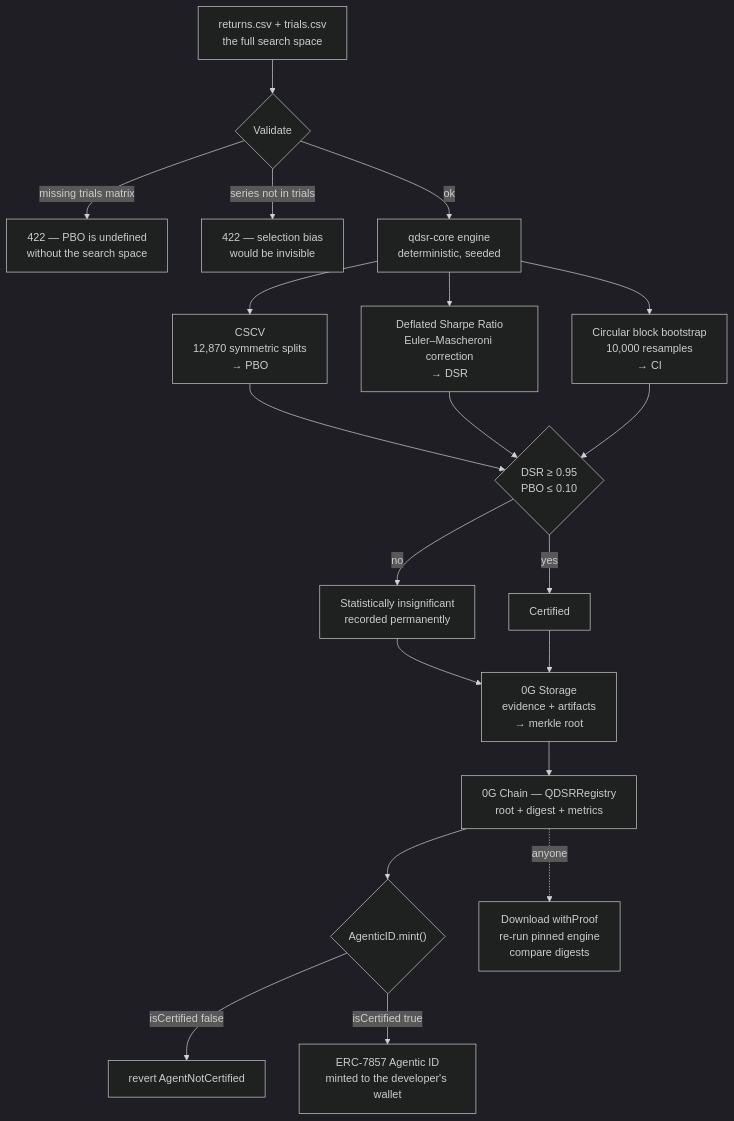
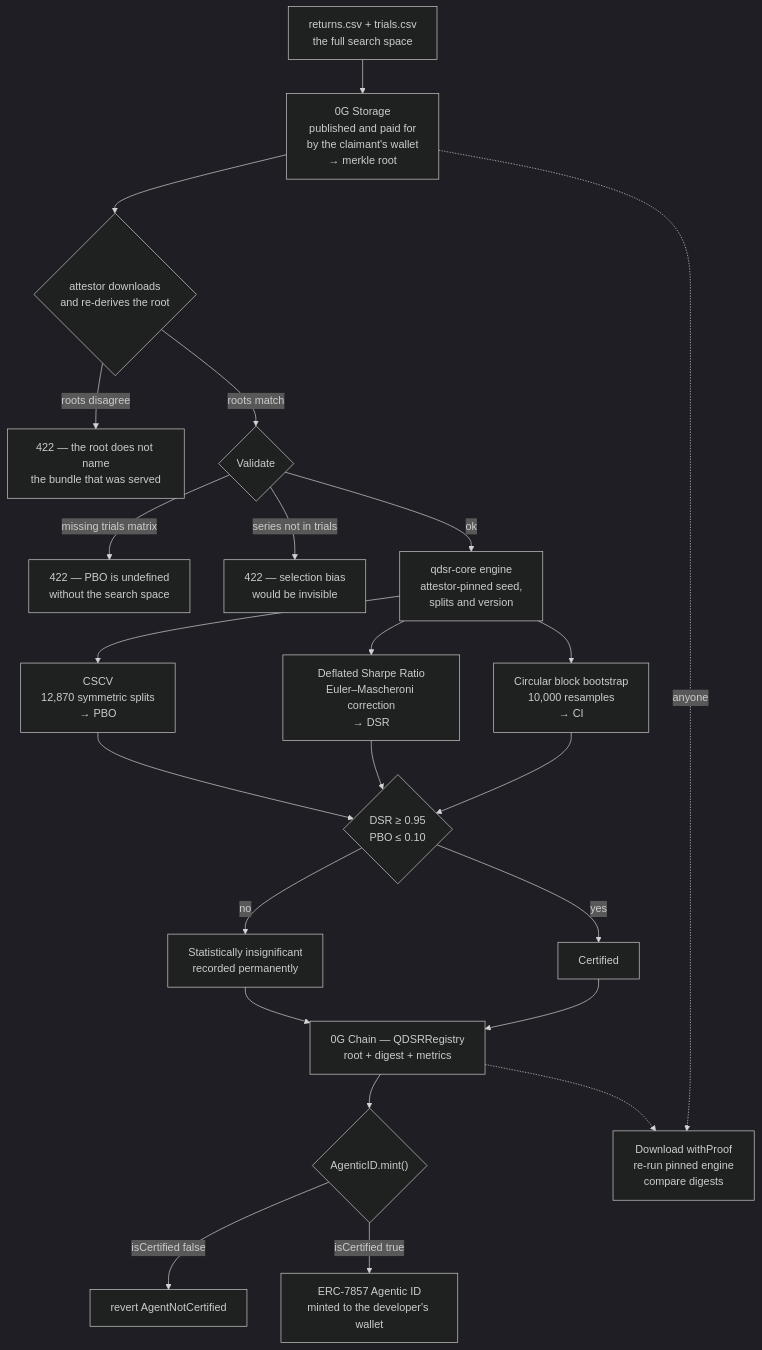
Before and after one commit to hevDev7/Q-DSR: the diagram in README.md, drawn with Mermaid (dark theme). The commit also changed other lines of this file, not shown here.

First line of the commit message:
docs: describe who publishes evidence, who measures it, and who pays

````diff
--- a/README.md
+++ b/README.md
@@ -103,27 +104,30 @@
 ```mermaid
 flowchart TD
-    A["returns.csv + trials.csv<br/>the full search space"] --> B{Validate}
+    A["returns.csv + trials.csv<br/>the full search space"] --> P["0G Storage<br/>published and paid for<br/>by the claimant's wallet<br/>→ merkle root"]
+    P --> Q{"attestor downloads<br/>and re-derives the root"}
+    Q -->|roots disagree| R0["422 — the root does not name<br/>the bundle that was served"]
+    Q -->|roots match| B{Validate}
     B -->|missing trials matrix| R1["422 — PBO is undefined<br/>without the search space"]
     B -->|series not in trials| R2["422 — selection bias<br/>would be invisible"]
-    B -->|ok| C["qdsr-core engine<br/>deterministic, seeded"]
+    B -->|ok| C["qdsr-core engine<br/>attestor-pinned seed,<br/>splits and version"]
 
     C --> D["CSCV<br/>12,870 symmetric splits<br/>→ PBO"]
     C --> E["Deflated Sharpe Ratio<br/>Euler–Mascheroni correction<br/>→ DSR"]
     C --> F["Circular block bootstrap<br/>10,000 resamples<br/>→ CI"]
 
     D --> G{"DSR ≥ 0.95<br/>PBO ≤ 0.10"}
     E --> G
     F --> G
 
     G -->|no| H["Statistically insignificant<br/>recorded permanently"]
     G -->|yes| I[Certified]
 
-    H --> J["0G Storage<br/>evidence + artifacts<br/>→ merkle root"]
-    I --> J
-    J --> K["0G Chain — QDSRRegistry<br/>root + digest + metrics"]
+    H --> K["0G Chain — QDSRRegistry<br/>root + digest + metrics"]
+    I --> K
     K --> L{"AgenticID.mint()"}
     L -->|isCertified false| M["revert AgentNotCertified"]
     L -->|isCertified true| N["ERC-7857 Agentic ID<br/>minted to the developer's wallet"]
 
-    K -.->|anyone| O["Download withProof<br/>re-run pinned engine<br/>compare digests"]
+    P -.->|anyone| O["Download withProof<br/>re-run pinned engine<br/>compare digests"]
+    K -.-> O
 ```
````
